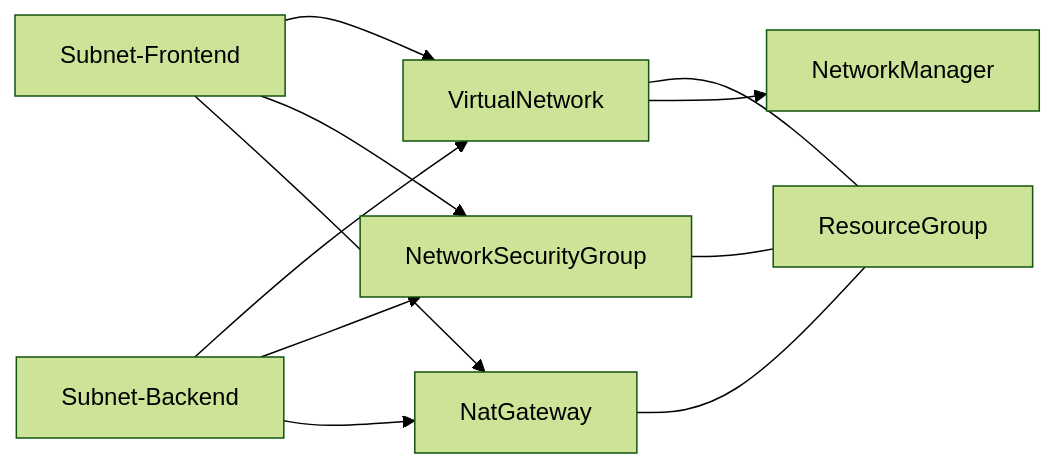
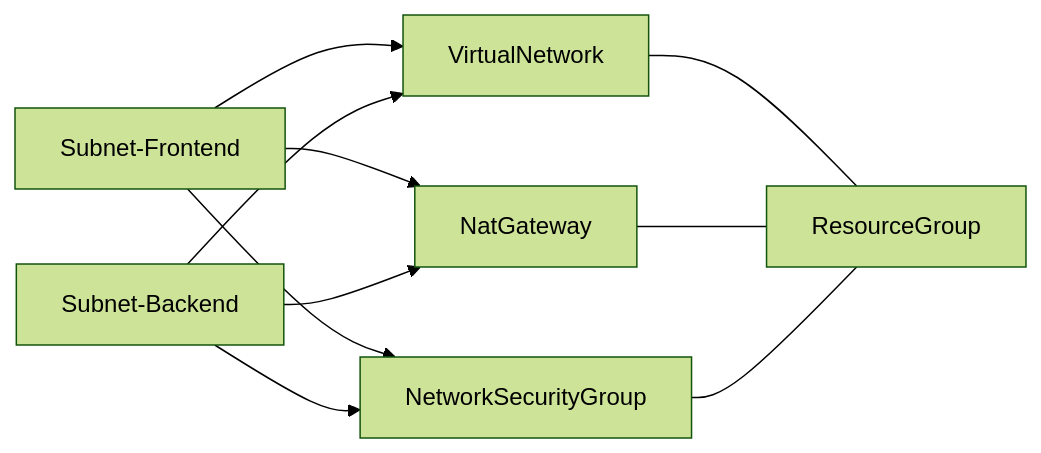
The diagram in README.md (sjovang/breezy-devconf-2025), drawn with Mermaid (forest theme) before and after one commit. The commit also changed 3 other files, not shown here.

````diff
--- a/README.md
+++ b/README.md
@@ -7,13 +7,12 @@
 ```mermaid
 flowchart LR
     VirtualNetwork --- ResourceGroup
     NatGateway --- ResourceGroup 
     NetworkSecurityGroup --- ResourceGroup
-    VirtualNetwork --> NetworkManager
     Subnet-Frontend --> VirtualNetwork
     Subnet-Backend --> VirtualNetwork
     Subnet-Frontend --> NetworkSecurityGroup
     Subnet-Backend --> NetworkSecurityGroup
     Subnet-Frontend --> NatGateway
     Subnet-Backend --> NatGateway
 ```
````
